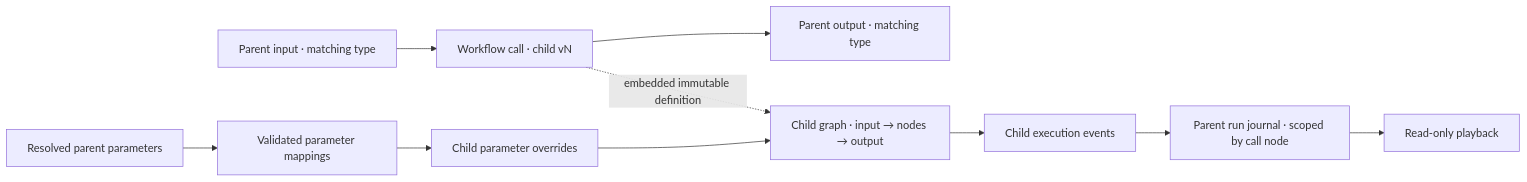
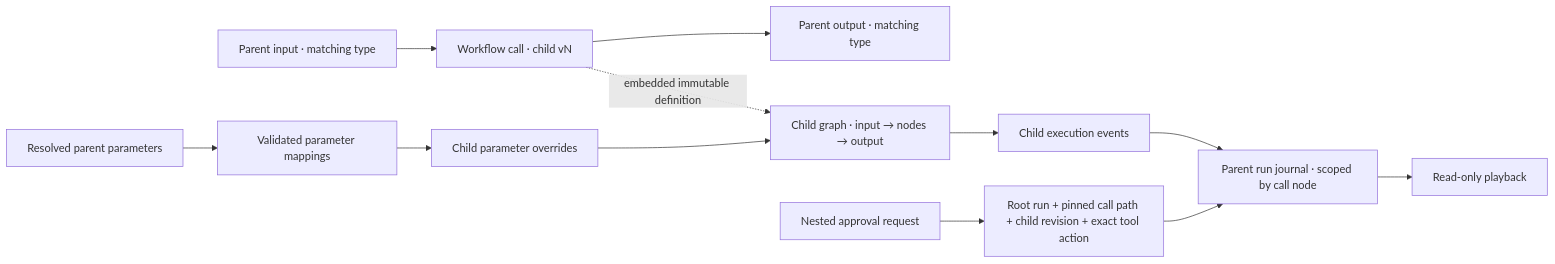
The diagram in docs/nested-workflows.md (gnalvesteffer/visual-agent-workflow), drawn with Mermaid before and after one commit. The commit also changed other lines of this file and 17 other files, not shown here.

````diff
--- a/docs/nested-workflows.md
+++ b/docs/nested-workflows.md
@@ -13,11 +13,13 @@
 ```mermaid
 flowchart LR
     ParentInput["Parent input · matching type"] --> Call["Workflow call · child vN"]
     Call --> ParentOutput["Parent output · matching type"]
     ParentValues["Resolved parent parameters"] --> Mapping["Validated parameter mappings"] --> ChildValues["Child parameter overrides"]
     Call -. "embedded immutable definition" .-> Child["Child graph · input → nodes → output"]
     ChildValues --> Child
     Child --> Events["Child execution events"]
     Events --> Audit["Parent run journal · scoped by call node"]
     Audit --> Replay["Read-only playback"]
+    Approval["Nested approval request"] --> Binding["Root run + pinned call path + child revision + exact tool action"]
+    Binding --> Audit
 ```
````
